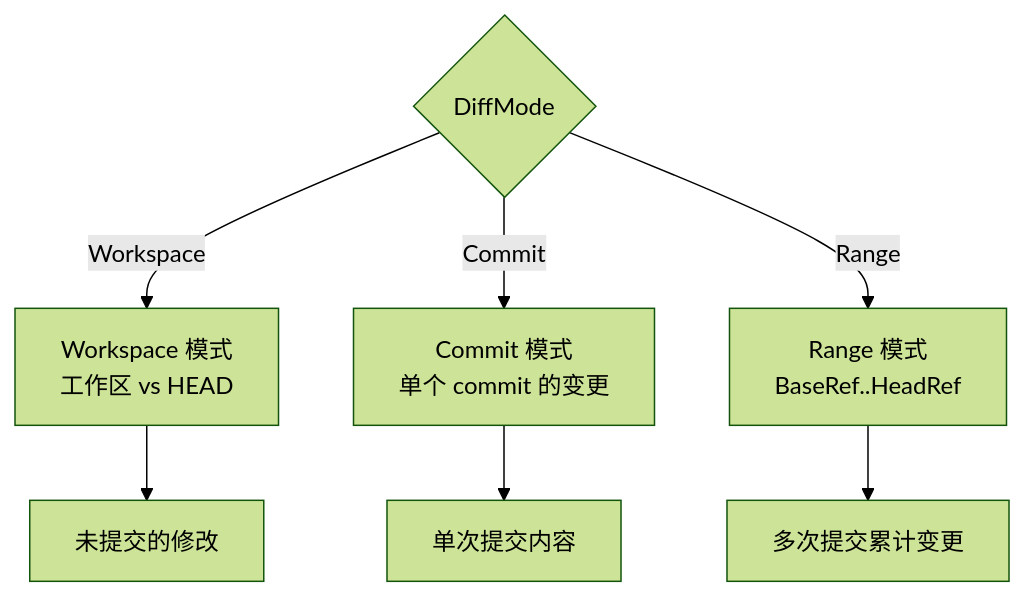
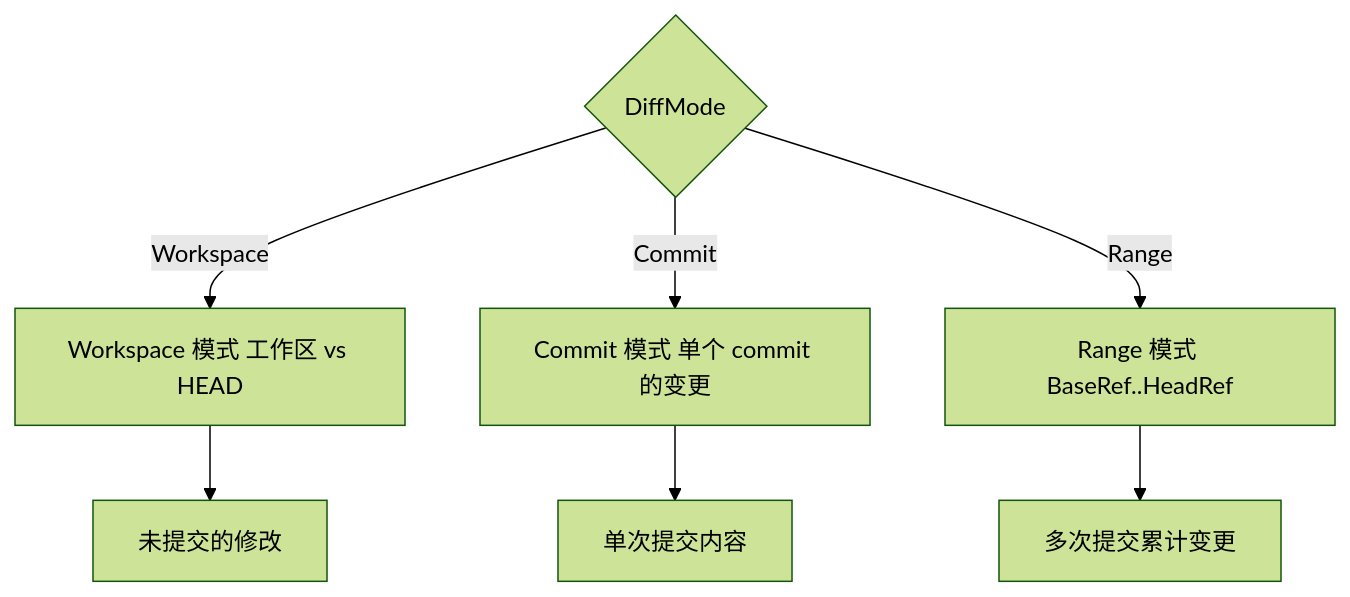
The ninth of 12 diagrams in doc/bundles/jishu/ai/products/open-code-review/concepts/01-architecture.md (awesome-flexloop/awesome-okf), drawn with Mermaid (forest theme) before and after one commit. The commit also changed other lines of this file and 10 other files, not shown here.

First line of the commit message:
docs(bundle): 清偿 Open Code Review 存量 Mermaid 违规避免规范漂移累积

````diff
--- a/doc/bundles/jishu/ai/products/open-code-review/concepts/01-architecture.md
+++ b/doc/bundles/jishu/ai/products/open-code-review/concepts/01-architecture.md
@@ -611,11 +598,10 @@
 ```mermaid
 flowchart TD
     Mode{"DiffMode"}
-    Mode -->|"Workspace"| WS["Workspace 模式<br/>工作区 vs HEAD"]
-    Mode -->|"Commit"| CT["Commit 模式<br/>单个 commit 的变更"]
-    Mode -->|"Range"| RG["Range 模式<br/>BaseRef..HeadRef"]
-
+    Mode -->|"Workspace"| WS["Workspace 模式 工作区 vs HEAD"]
+    Mode -->|"Commit"| CT["Commit 模式 单个 commit 的变更"]
+    Mode -->|"Range"| RG["Range 模式 BaseRef..HeadRef"]
     WS --> WSOut["未提交的修改"]
     CT --> CTOut["单次提交内容"]
     RG --> RGOut["多次提交累计变更"]
 ```
````
